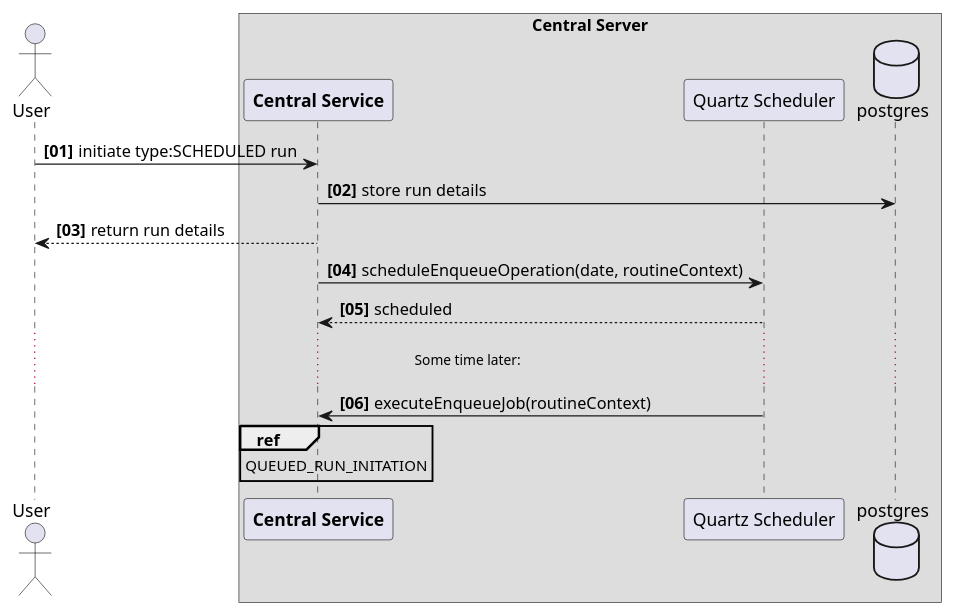
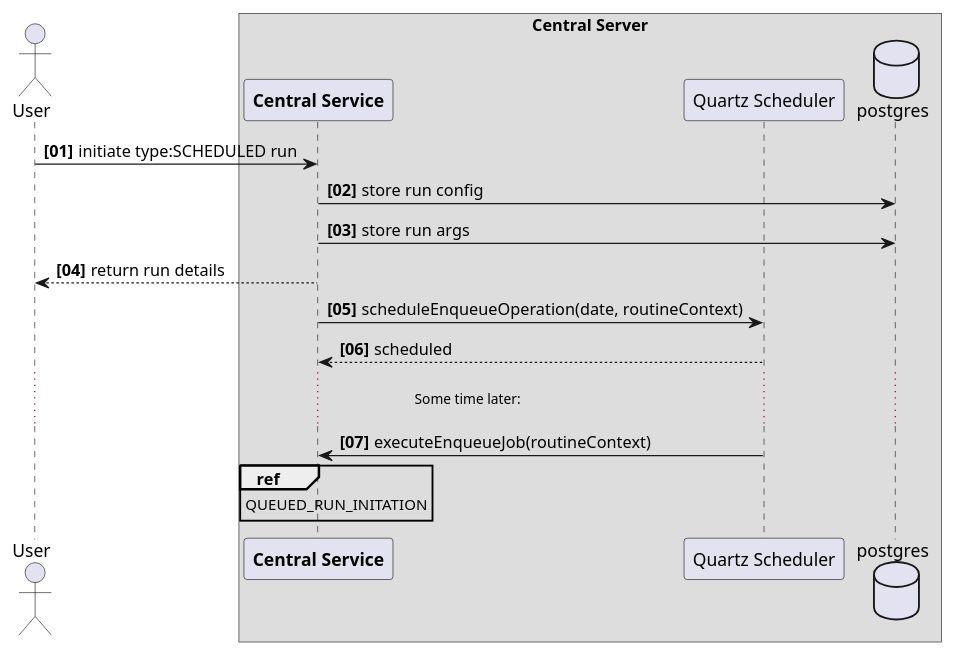
The diagram in plan/HLD/sequence-diagrams/scheduled-run-initation.puml (anovimous/automata), drawn with PlantUML before and after one commit.

Commit message:
docs(routine-run-management): edited naming convention for a specific message

```diff
--- a/plan/HLD/sequence-diagrams/scheduled-run-initation.puml
+++ b/plan/HLD/sequence-diagrams/scheduled-run-initation.puml
@@ -1,20 +1,21 @@
 @startuml
 actor "User" as user
 box "Central Server"
 participant "<b>Central Service" as api
 participant "Quartz Scheduler" as scheduler
 database postgres
 
 autonumber "<b>[00]"
 user -> api : initiate type:SCHEDULED run
-api -> postgres : store run details
+api -> postgres : store run config
+api -> postgres : store run args
 
 api --> user: return run details
 api -> scheduler : scheduleEnqueueOperation(date, routineContext)
 scheduler --> api : scheduled
 ... Some time later:...
 scheduler -> api : executeEnqueueJob(routineContext)
 
 ref over api : QUEUED_RUN_INITATION
 
 @enduml
```
